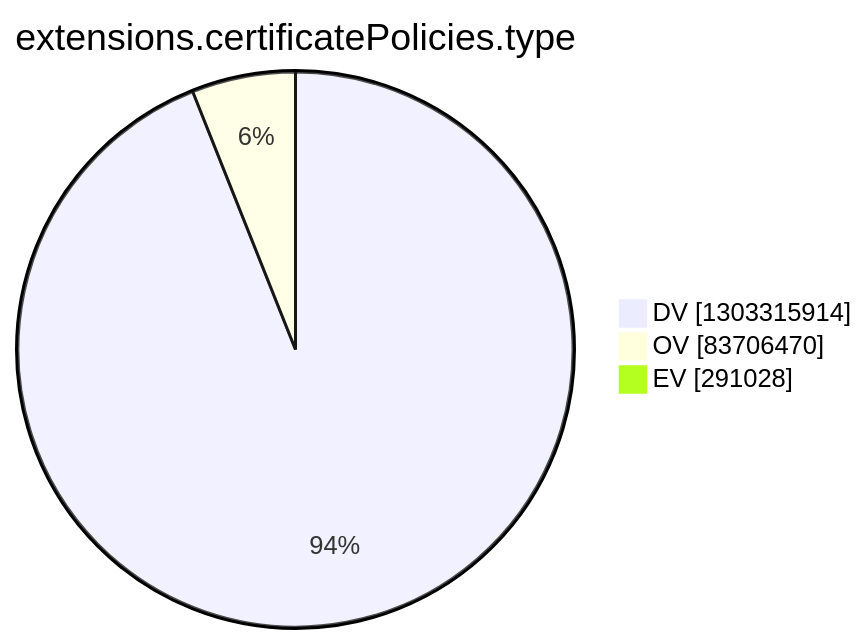
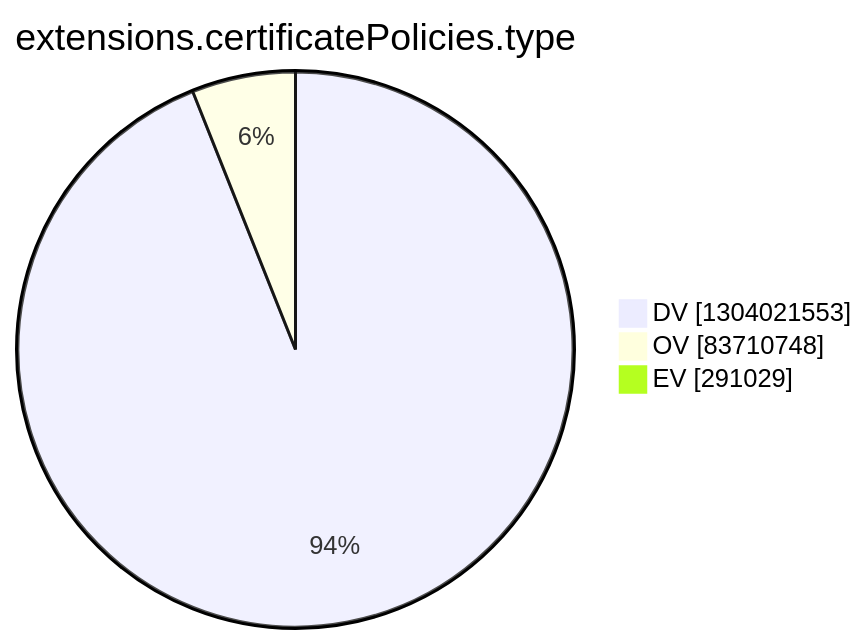
Before and after one commit to christiankrug/ctmonitor_visualization: the tenth of 15 diagrams in argon2022/README.md, drawn with Mermaid. The commit also changed other lines of this file, not shown here.

````diff
--- a/argon2022/README.md
+++ b/argon2022/README.md
@@ -2772,7 +2772,7 @@
 ```mermaid
 pie showData
 title extensions.certificatePolicies.type
-"DV" :1303315914
-"OV" :83706470
-"EV" :291028
+"DV" :1304021553
+"OV" :83710748
+"EV" :291029
 ```
````
